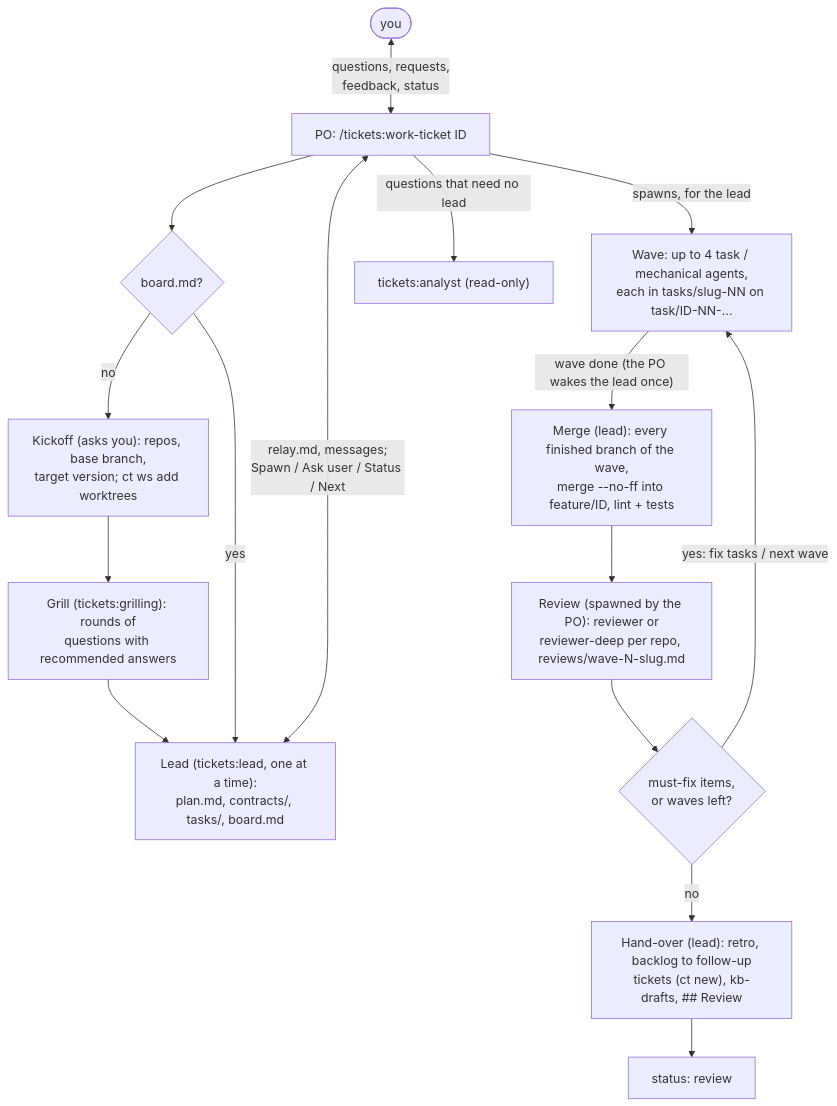
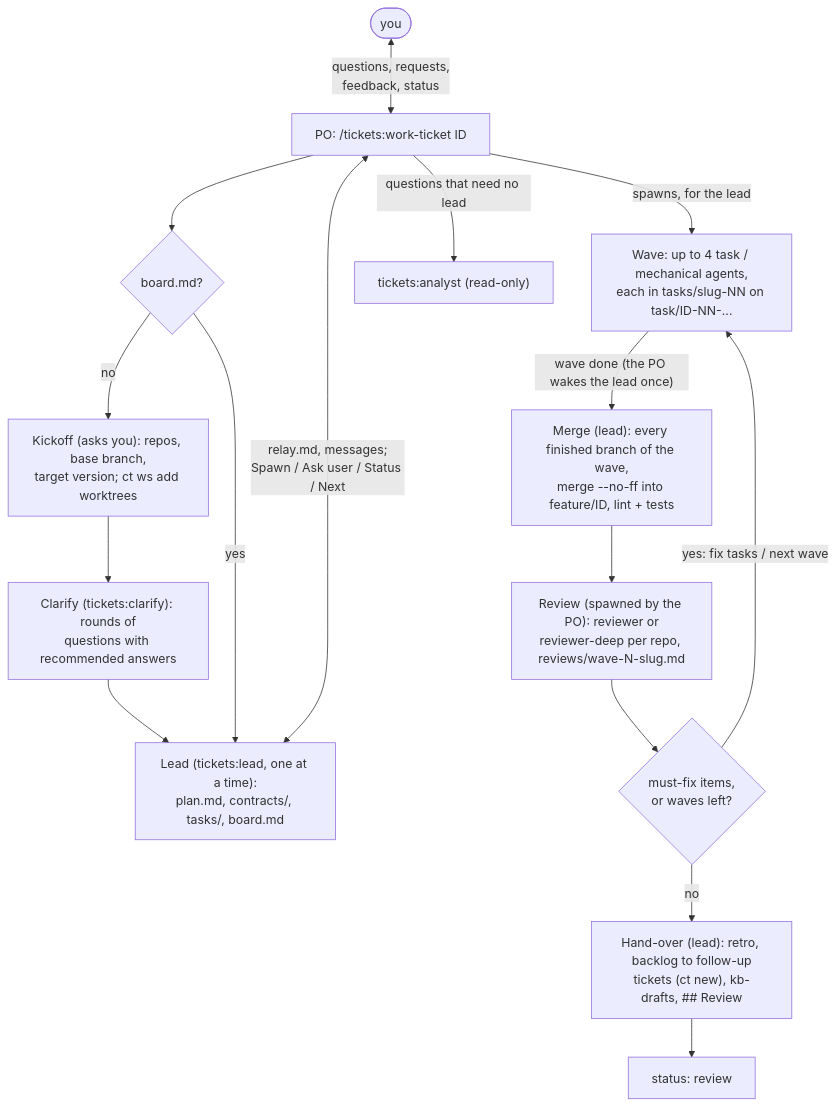
The third of 7 diagrams in README.md (zero4573/claude-tickets), drawn with Mermaid before and after one commit. The commit also changed other lines of this file and 42 other files, not shown here.

````diff
--- a/README.md
+++ b/README.md
@@ -479,18 +504,18 @@
 ```mermaid
 flowchart TB
   you([you]) <-->|"questions, requests,<br/>feedback, status"| po["PO: /tickets:work-ticket ID"]
   po --> resume{board.md?}
   resume -- no --> kickoff["Kickoff (asks you): repos, base branch,<br/>target version; ct ws add worktrees"]
-  kickoff --> grill["Grill (tickets:grilling): rounds of<br/>questions with recommended answers"]
+  kickoff --> grill["Clarify (tickets:clarify): rounds of<br/>questions with recommended answers"]
   grill --> lead
   resume -- yes --> lead["Lead (tickets:lead, one at a time):<br/>plan.md, contracts/, tasks/, board.md"]
   po <-->|"relay.md, messages;<br/>Spawn / Ask user / Status / Next"| lead
   po -->|"spawns, for the lead"| wave["Wave: up to 4 task / mechanical agents,<br/>each in tasks/slug-NN on task/ID-NN-..."]
   wave -->|"wave done (the PO wakes the lead once)"| merge["Merge (lead): every finished branch of the wave,<br/>merge --no-ff into feature/ID, lint + tests"]
   merge --> rev["Review (spawned by the PO): reviewer or<br/>reviewer-deep per repo, reviews/wave-N-slug.md"]
   rev --> fix{"must-fix items,<br/>or waves left?"}
   fix -- "yes: fix tasks / next wave" --> wave
   fix -- no --> hand["Hand-over (lead): retro, backlog to follow-up<br/>tickets (ct new), kb-drafts, ## Review"]
   hand --> review[status: review]
   po -->|"questions that need no lead"| analyst["tickets:analyst (read-only)"]
 ```
````
